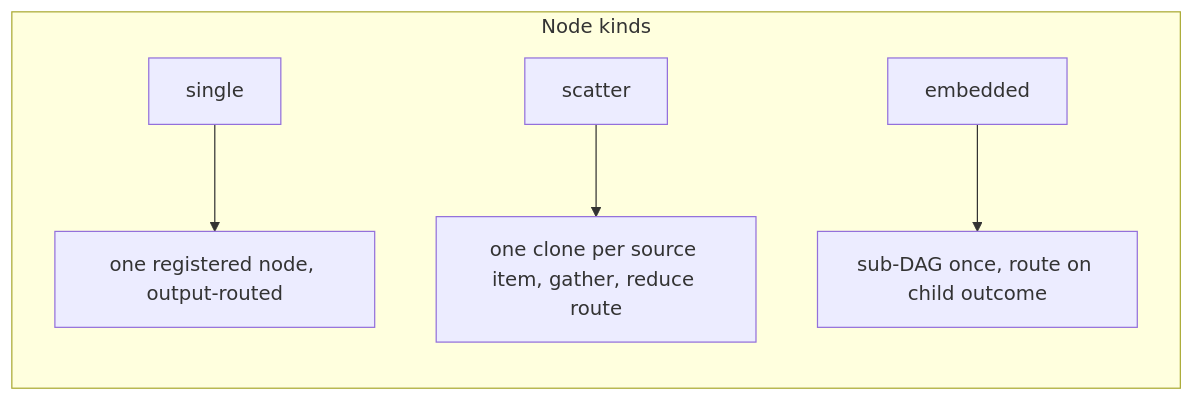
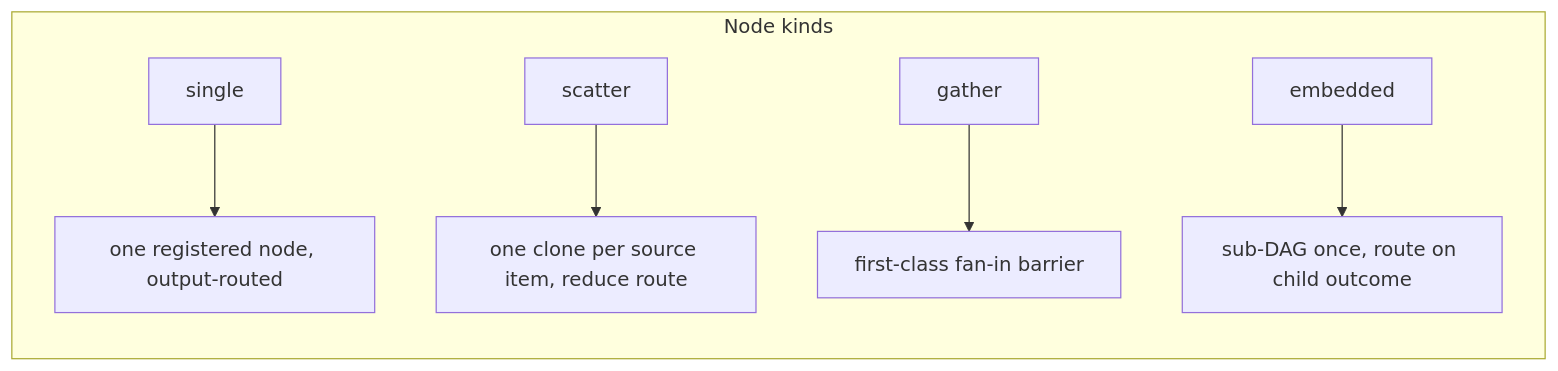
Before and after one commit to Studnicky/Dagonizer: the first of 2 diagrams in docs/architecture.md, drawn with Mermaid. The commit also changed other lines of this file and 653 other files, not shown here.

Commit message:
feat(dagonizer): ship first-class gather DAG overhaul

````diff
--- a/docs/architecture.md
+++ b/docs/architecture.md
@@ -93,9 +93,10 @@
 ```mermaid
 flowchart TB
   subgraph kinds["Node kinds"]
     direction TB
     A[single] --> B[one registered node, output-routed]
-    E[scatter] --> F[one clone per source item, gather, reduce route]
+    E[scatter] --> F[one clone per source item, reduce route]
+    I[gather] --> J[first-class fan-in barrier]
     G[embedded] --> H[sub-DAG once, route on child outcome]
   end
 ```
````
